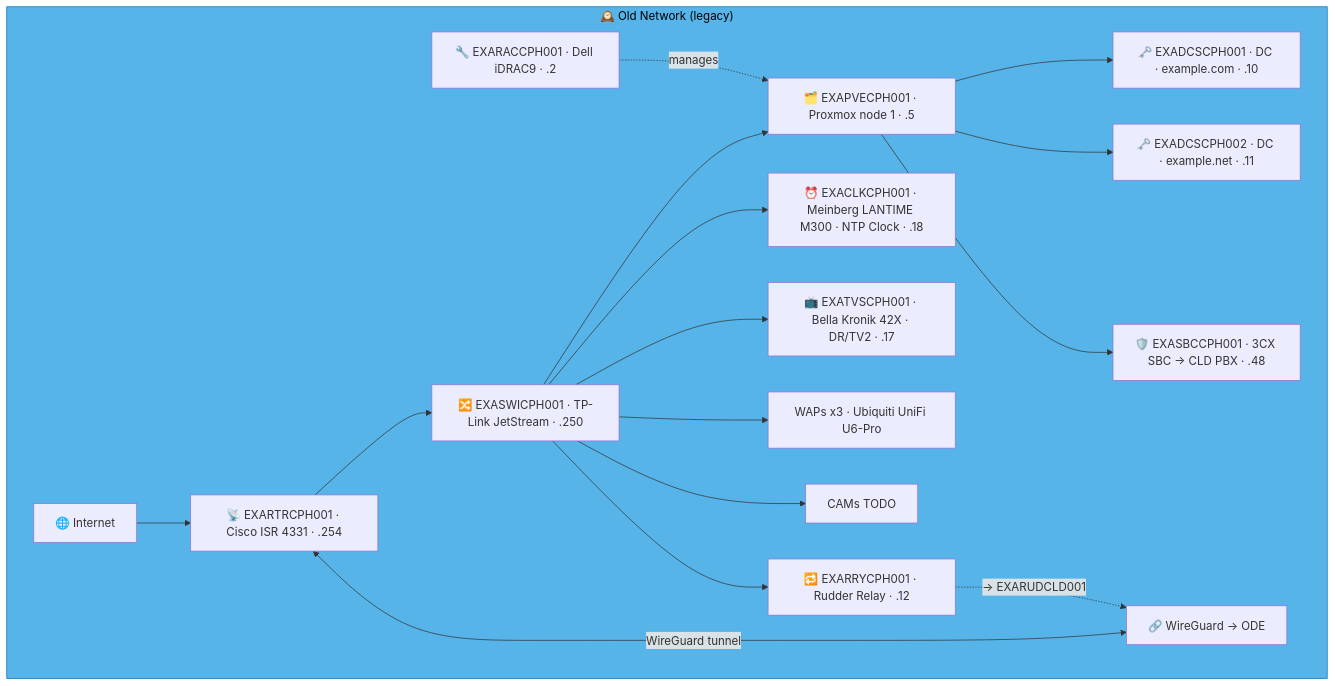
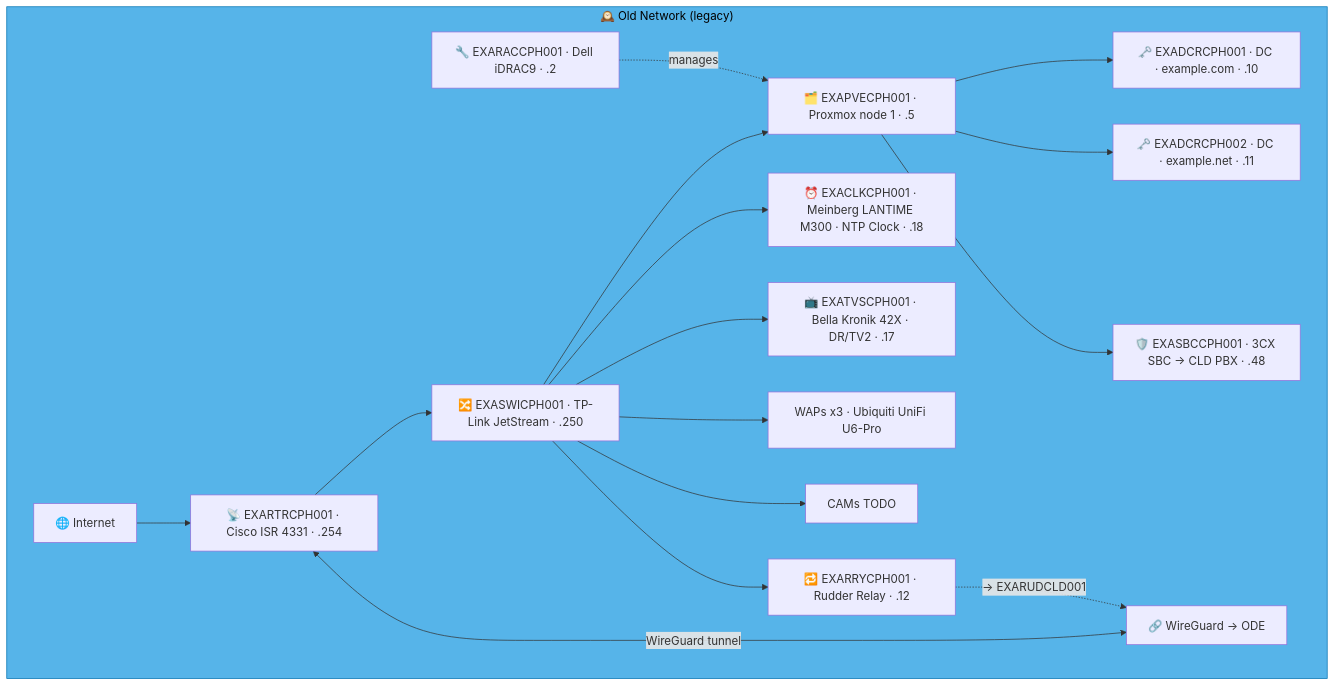
The second of 23 diagrams in docs/network-diagram/danmark.md (knightmare2600/example_music_infra), drawn with Mermaid before and after one commit. The commit also changed other lines of this file and 8 other files, not shown here.

````diff
--- a/docs/network-diagram/danmark.md
+++ b/docs/network-diagram/danmark.md
@@ -67,29 +62,29 @@
 ```mermaid
 graph TD
     subgraph OLD_CPH ["🕰️ Old Network (legacy)"]
       INET["🌐 Internet"]
       SW["🔀 EXASWICPH001 · TP-Link JetStream · .250"]
       RTR["📡 EXARTRCPH001 · Cisco ISR 4331 · .254"]
       RAC["🔧 EXARACCPH001 · Dell iDRAC9 · .2"]
       PVE["🗂️ EXAPVECPH001 · Proxmox node 1 · .5"]
-      DC1["🗝️ EXADCSCPH001 · DC · example.com · .10"]
-      DC2["🗝️ EXADCSCPH002 · DC · example.net · .11"]
+      DC1["🗝️ EXADCRCPH001 · DC · example.com · .10"]
+      DC2["🗝️ EXADCRCPH002 · DC · example.net · .11"]
       SBC["🛡️ EXASBCCPH001 · 3CX SBC → CLD PBX · .48"]
       RRY["🔁 EXARRYCPH001 · Rudder Relay · .12"]
       NTP["⏰ EXACLKCPH001 · Meinberg LANTIME M300 · NTP Clock · .18"]
       TV["📺 EXATVSCPH001 · Bella Kronik 42X · DR/TV2 · .17"]
       WAP["WAPs x3 · Ubiquiti UniFi U6-Pro"]
       CAM["CAMs TODO"]
       VPN["🔗 WireGuard → ODE"]
 
       INET --> RTR --> SW
       SW --> PVE --> DC1 & DC2 & SBC
       RAC -.->|"manages"| PVE
       SW --> NTP & TV & WAP & CAM
       RTR <-->|"WireGuard tunnel"| VPN
 
       SW --> RRY
       RRY -. "→ EXARUDCLD001" .-> VPN
     end
     style OLD_CPH fill:#56B4E9,stroke:#0072B2,color:#000000
 ```
````
